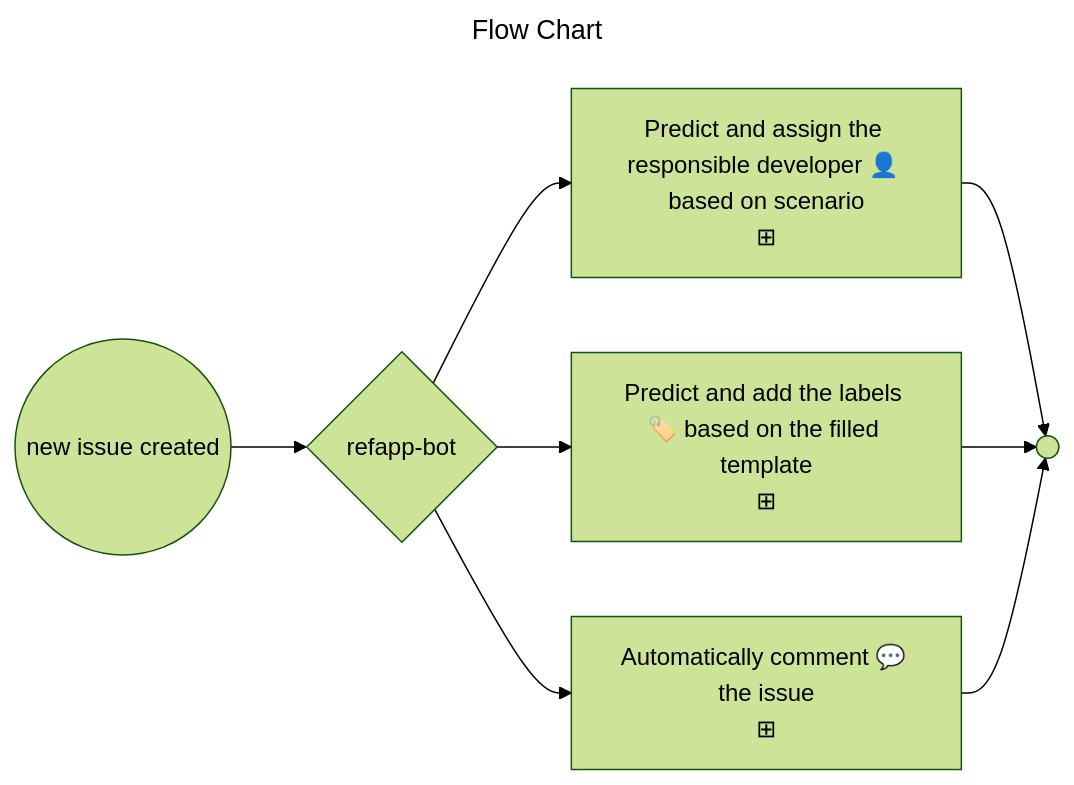
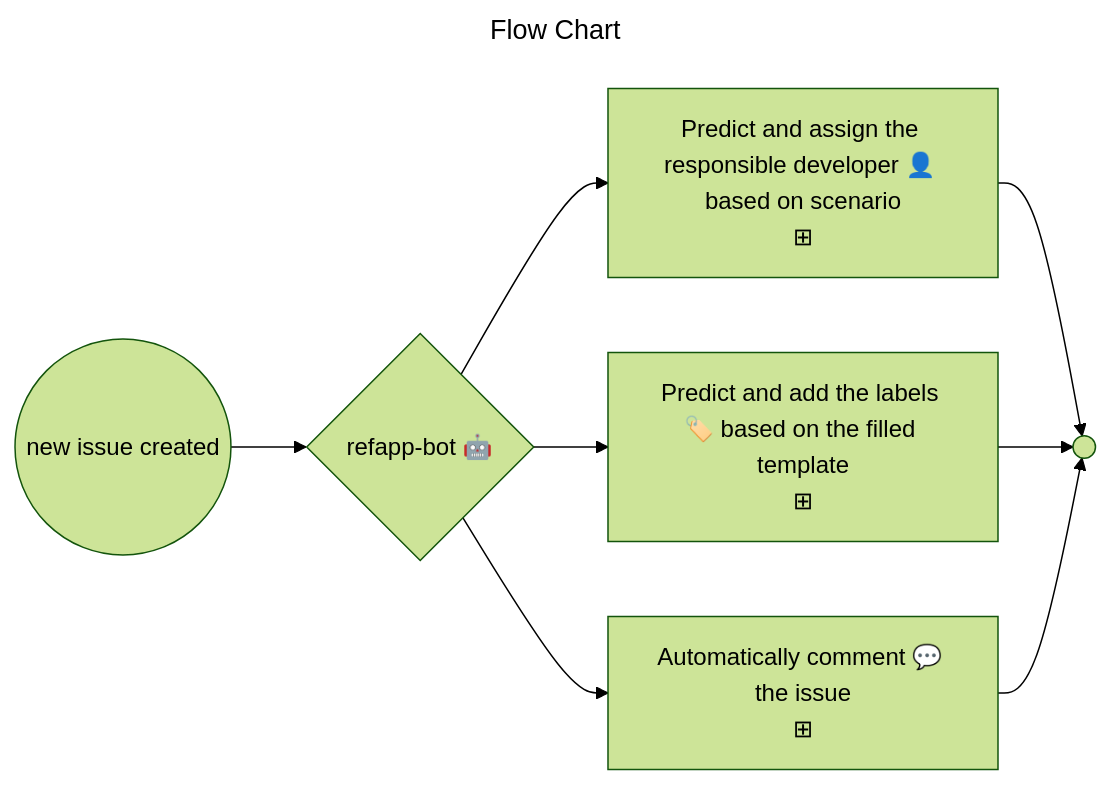
One commit to ejazsyed/validation-issue changed the diagram in README.md. Above: the diagram before and after it, drawn with Mermaid (forest theme).

Commit message:
issu-bot

````diff
--- a/README.md
+++ b/README.md
@@ -6,13 +6,13 @@
 ```mermaid
 ---
 title: Flow Chart
 ---
 flowchart LR
-    start((new issue created)) --> p1{refapp-bot}
+    start((new issue created)) --> p1{refapp-bot 🤖 }
     p1 --> assignee["Predict and assign the responsible developer 👤 based on scenario\n⊞"]
     p1 --> label["Predict and add the labels 🏷️ based on the filled template\n⊞"]
     p1 --> comment["Automatically comment 💬 the issue\n⊞"]
     assignee --> e1(( ))
     label --> e1
     comment --> e1
 ```
````
